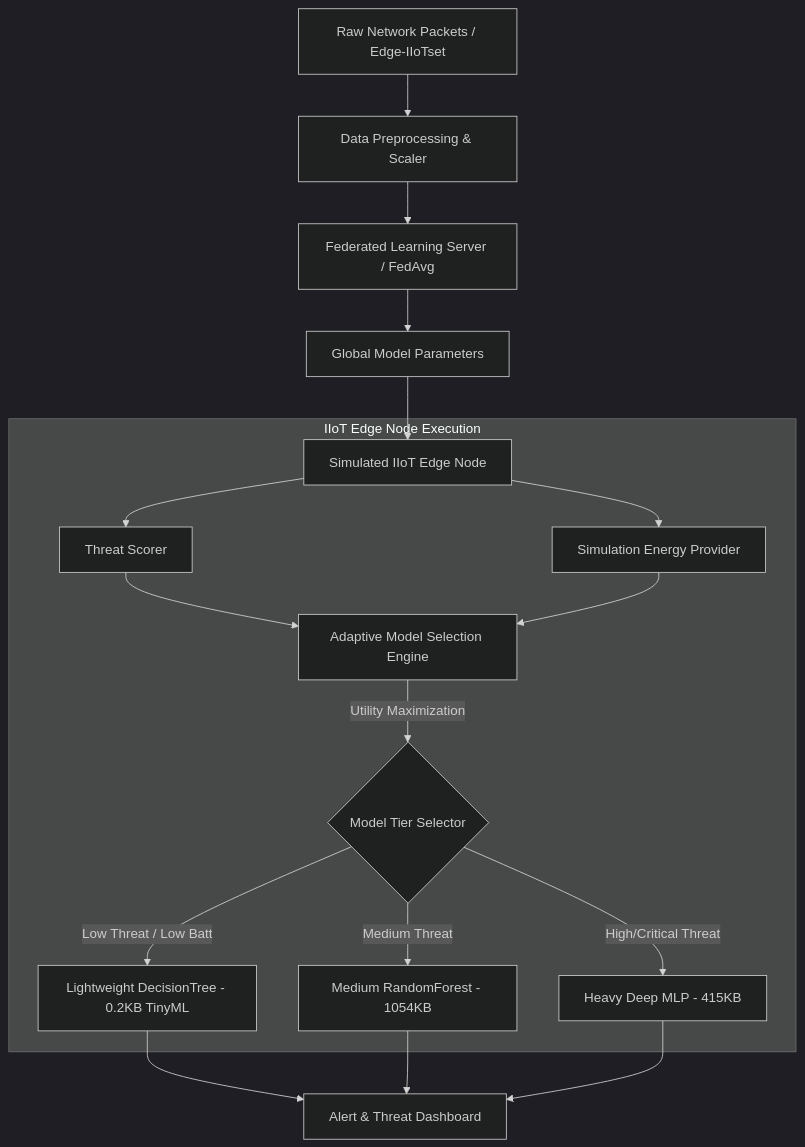
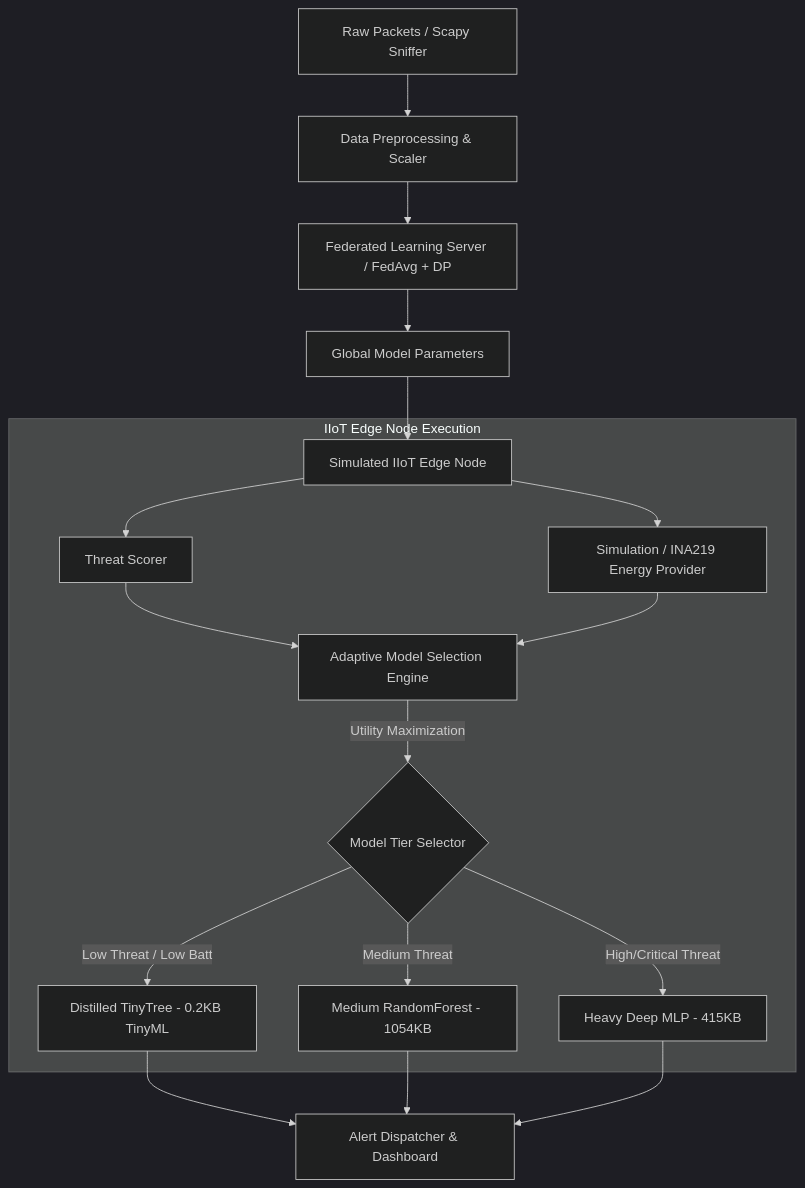
The diagram in README.md (Adarsh0000111/Adaptive-tiny-ML-), drawn with Mermaid (dark theme) before and after one commit. The commit also changed other lines of this file, not shown here.

````diff
--- a/README.md
+++ b/README.md
@@ -31,22 +63,22 @@
 ```mermaid
 graph TD
-    A[Raw Network Packets / Edge-IIoTset] --> B[Data Preprocessing & Scaler]
-    B --> C[Federated Learning Server / FedAvg]
+    A[Raw Packets / Scapy Sniffer] --> B[Data Preprocessing & Scaler]
+    B --> C[Federated Learning Server / FedAvg + DP]
     C --> D[Global Model Parameters]
     D --> E[Simulated IIoT Edge Node]
     
     subgraph IIoT Edge Node Execution
         E --> F[Threat Scorer]
-        E --> G[Simulation Energy Provider]
+        E --> G[Simulation / INA219 Energy Provider]
         F --> H[Adaptive Model Selection Engine]
         G --> H
         H -->|Utility Maximization| I{Model Tier Selector}
-        I -->|Low Threat / Low Batt| M1[Lightweight DecisionTree - 0.2KB TinyML]
+        I -->|Low Threat / Low Batt| M1[Distilled TinyTree - 0.2KB TinyML]
         I -->|Medium Threat| M2[Medium RandomForest - 1054KB]
         I -->|High/Critical Threat| M3[Heavy Deep MLP - 415KB]
     end
     
-    M1 --> J[Alert & Threat Dashboard]
+    M1 --> J[Alert Dispatcher & Dashboard]
     M2 --> J
     M3 --> J
 ```
````
